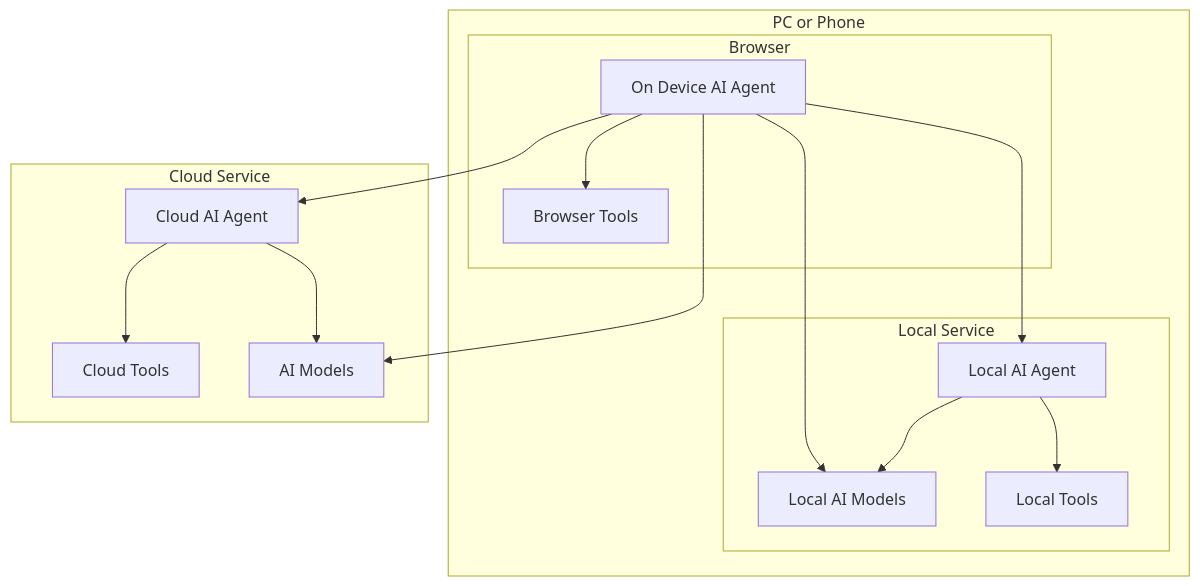
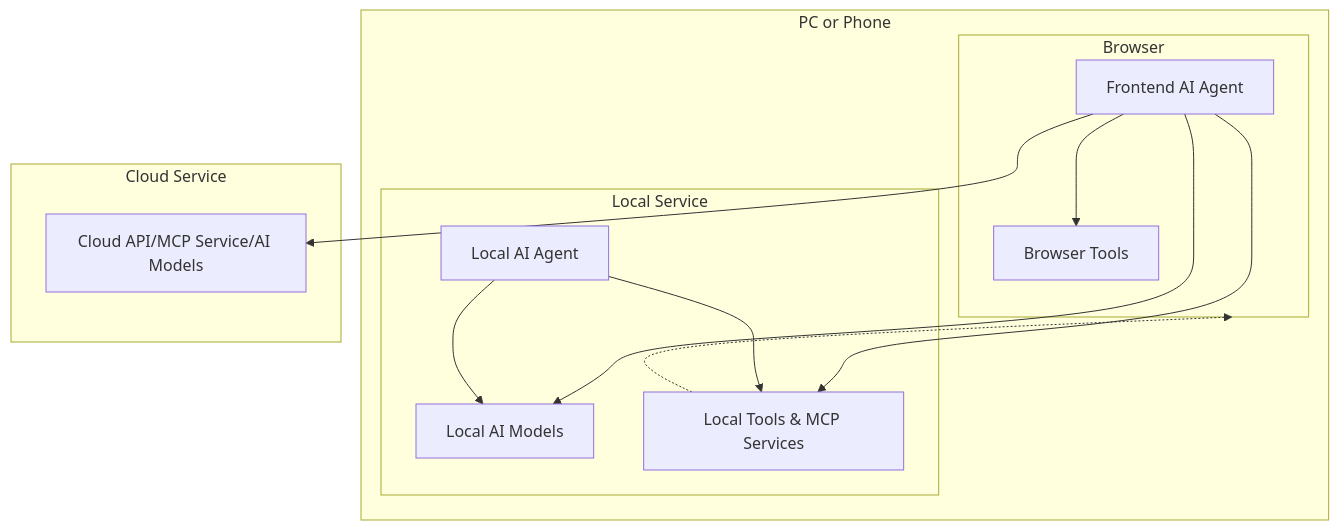
One commit to yingrui/my-own.fun changed the second of 2 diagrams in docs/concepts/frontend_ai_agent.md. Above: the diagram before and after it, drawn with Mermaid. The commit also changed other lines of this file and 1 other file, not shown here.

Commit message:
yingrui: update Frontend AI Agent diagram in docs

````diff
--- a/docs/concepts/frontend_ai_agent.md
+++ b/docs/concepts/frontend_ai_agent.md
@@ -36,21 +36,19 @@
 ```mermaid
 graph TD;
     subgraph PC or Phone
         subgraph Browser
-            A[On Device AI Agent] --> T[Browser Tools]    
+            A[Frontend AI Agent] --> T[Browser Tools]    
         end
         subgraph Local Service
-            A ---> L[Local AI Agent]
             A ---> LM[Local AI Models]
-            L --> LT[Local Tools]
-            L --> LM
+            A ---> MCP[Local Tools & MCP Services]
+            L[Local AI Agent] --> LM
+            L  --> MCP
         end
+        MCP -.-> Browser
     end
     
     subgraph Cloud Service
-        B[Cloud AI Agent] --> T2[Cloud Tools]
-        B --> C[AI Models];
-        A --> B;
-        A --> C;
+        A --> B[Cloud API/MCP Service/AI Models];
     end
 ```
````
